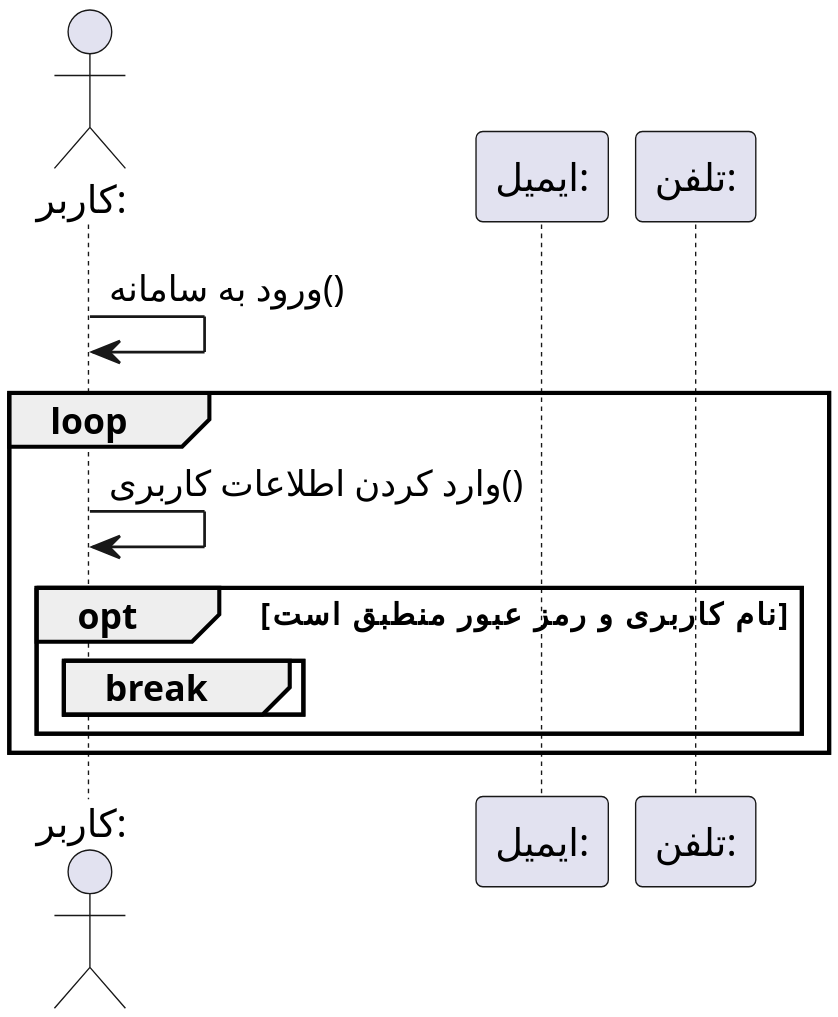
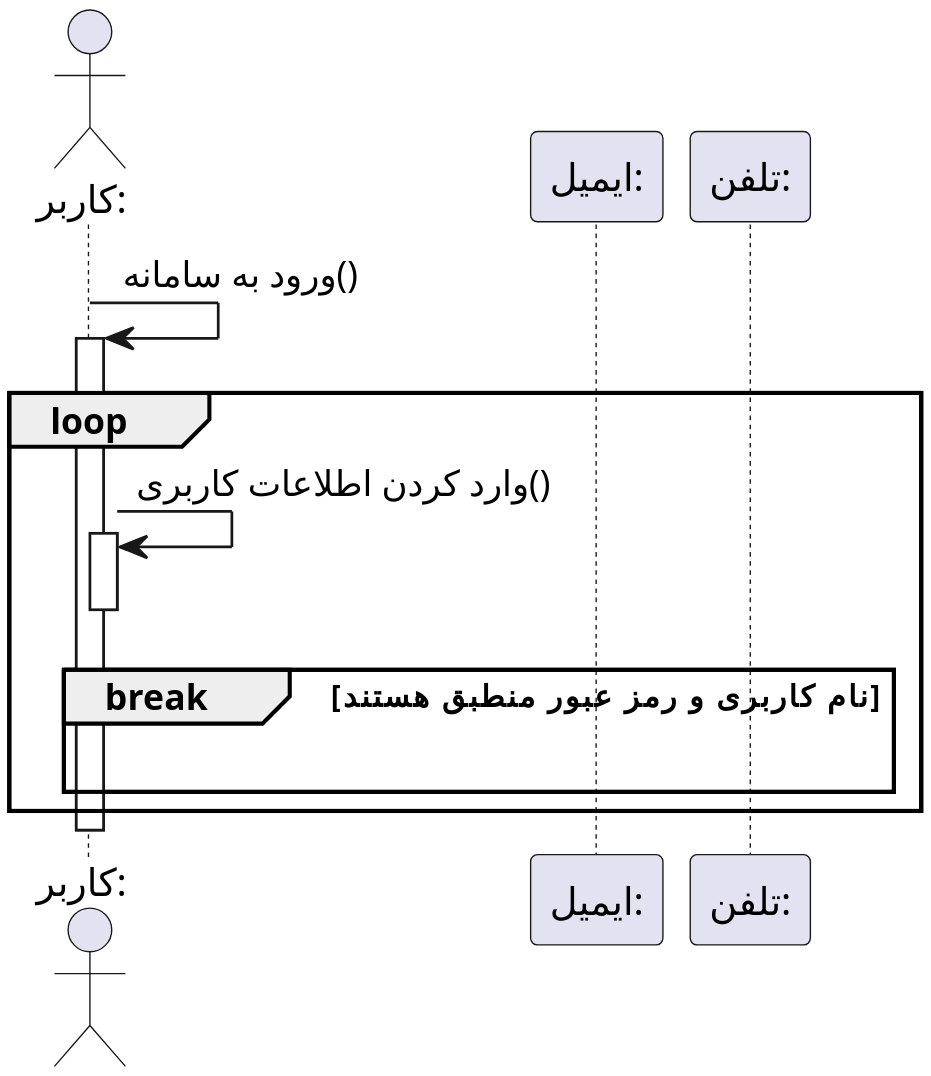
Before and after one commit to soleyman79/Qasedak: the diagram in Diagrams/Sequence/Login.puml, drawn with PlantUML. The commit also changed 4 other files, not shown here.

```diff
--- a/Diagrams/Sequence/Login.puml
+++ b/Diagrams/Sequence/Login.puml
@@ -1,23 +1,28 @@
 @startuml login
 
 
 scale 3
 skinparam DefaultFontName Vazir
-skinparam DefaultTextAlignment left
+skinparam DefaultTextAlignment center
 
  
 actor "کاربر:" as user
 participant "ایمیل:" as email
 participant "تلفن:" as phone
 
 user -> user : ورود به سامانه()
+activate user
+
 loop
     user -> user: وارد کردن اطلاعات کاربری()
-    opt نام کاربری و رمز عبور منطبق است
-        break
-        end
+    activate user
+    deactivate user
+
+    break نام کاربری و رمز عبور منطبق هستند
+        |||
     end
 end
 
+deactivate user
 
 @enduml
```
